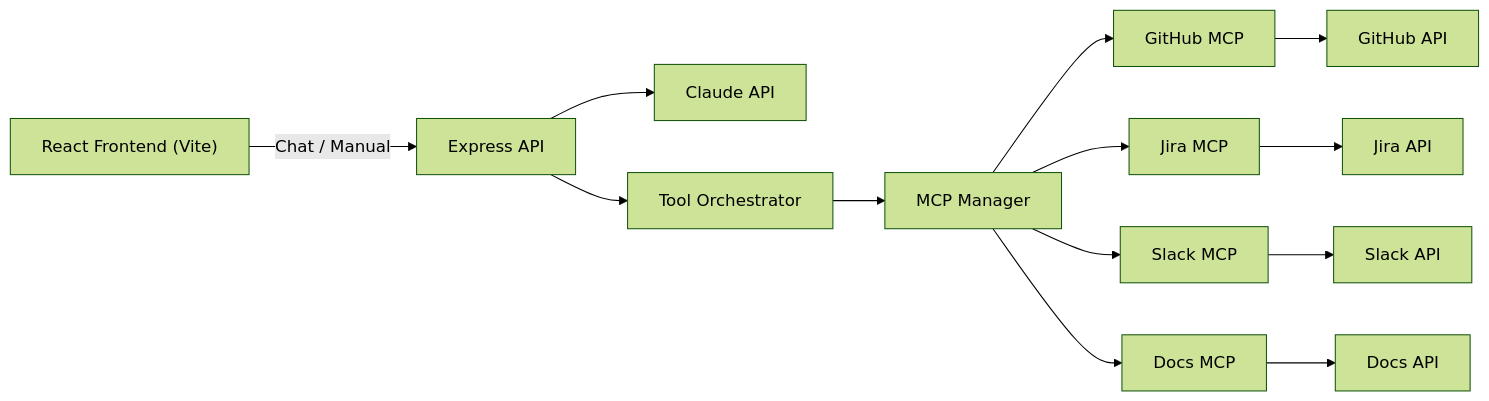
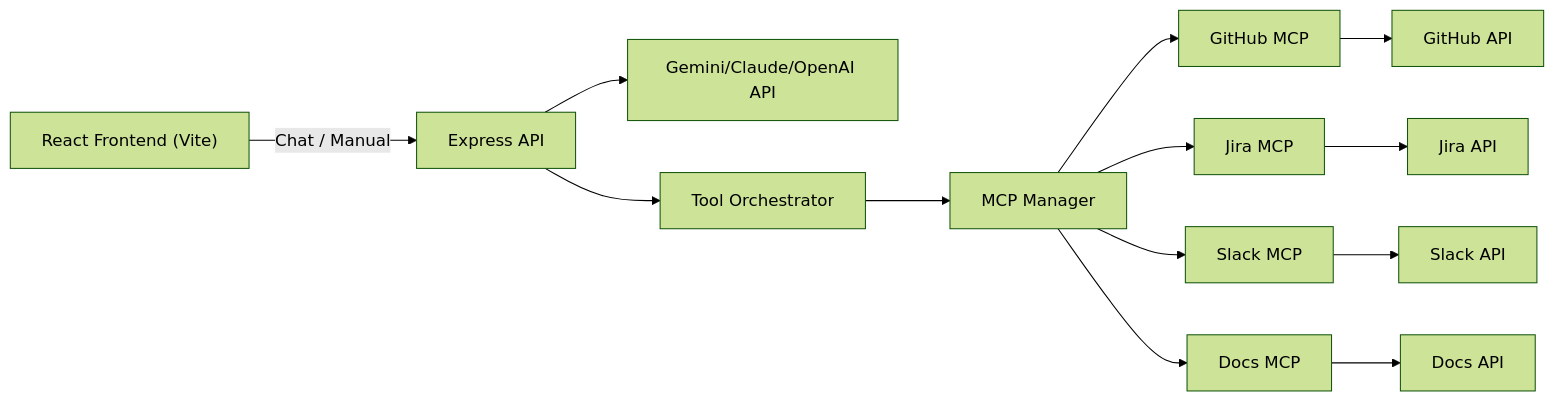
Before and after one commit to sourabhm-25/dev-assistant-mcp: the diagram in README.md, drawn with Mermaid (forest theme).

Commit message:
Update Claude API reference to Gemini/Claude/OpenAI

````diff
--- a/README.md
+++ b/README.md
@@ -32,28 +32,28 @@
 ```mermaid
 flowchart LR
   %% Frontend
   FE["React Frontend (Vite)"]
   FE -->|"Chat / Manual"| API
 
   %% Backend Core
   API["Express API"]
-  Claude["Claude API"]
+  Claude["Gemini/Claude/OpenAI API"]
   Orchestrator["Tool Orchestrator"]
   MCP["MCP Manager"]
 
   API --> Claude
   API --> Orchestrator
   Orchestrator --> MCP
 
   %% MCP Servers
   MCP --> GH_MCP["GitHub MCP"]
   MCP --> Jira_MCP["Jira MCP"]
   MCP --> Slack_MCP["Slack MCP"]
   MCP --> Docs_MCP["Docs MCP"]
 
   %% External APIs
   GH_MCP --> GH_API["GitHub API"]
   Jira_MCP --> Jira_API["Jira API"]
   Slack_MCP --> Slack_API["Slack API"]
   Docs_MCP --> Docs_API["Docs API"]
 ```
````
